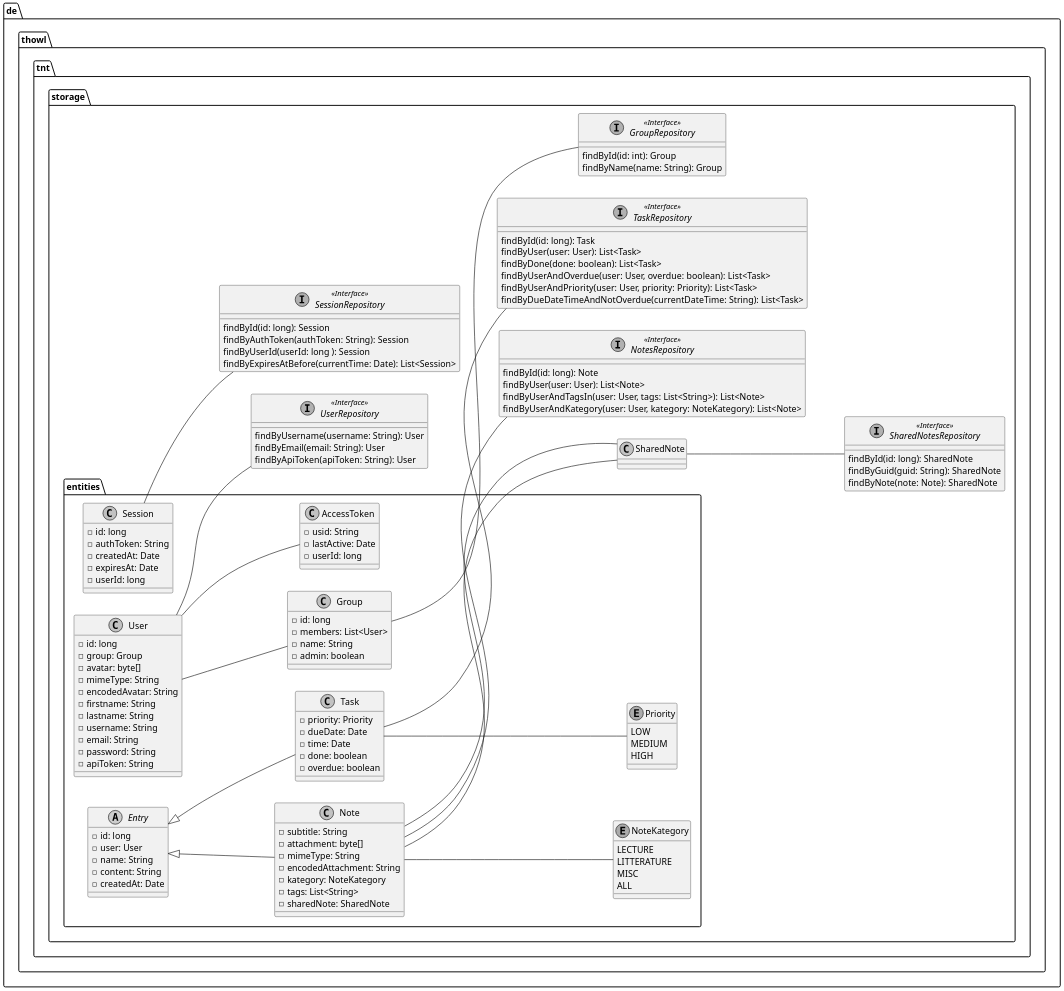
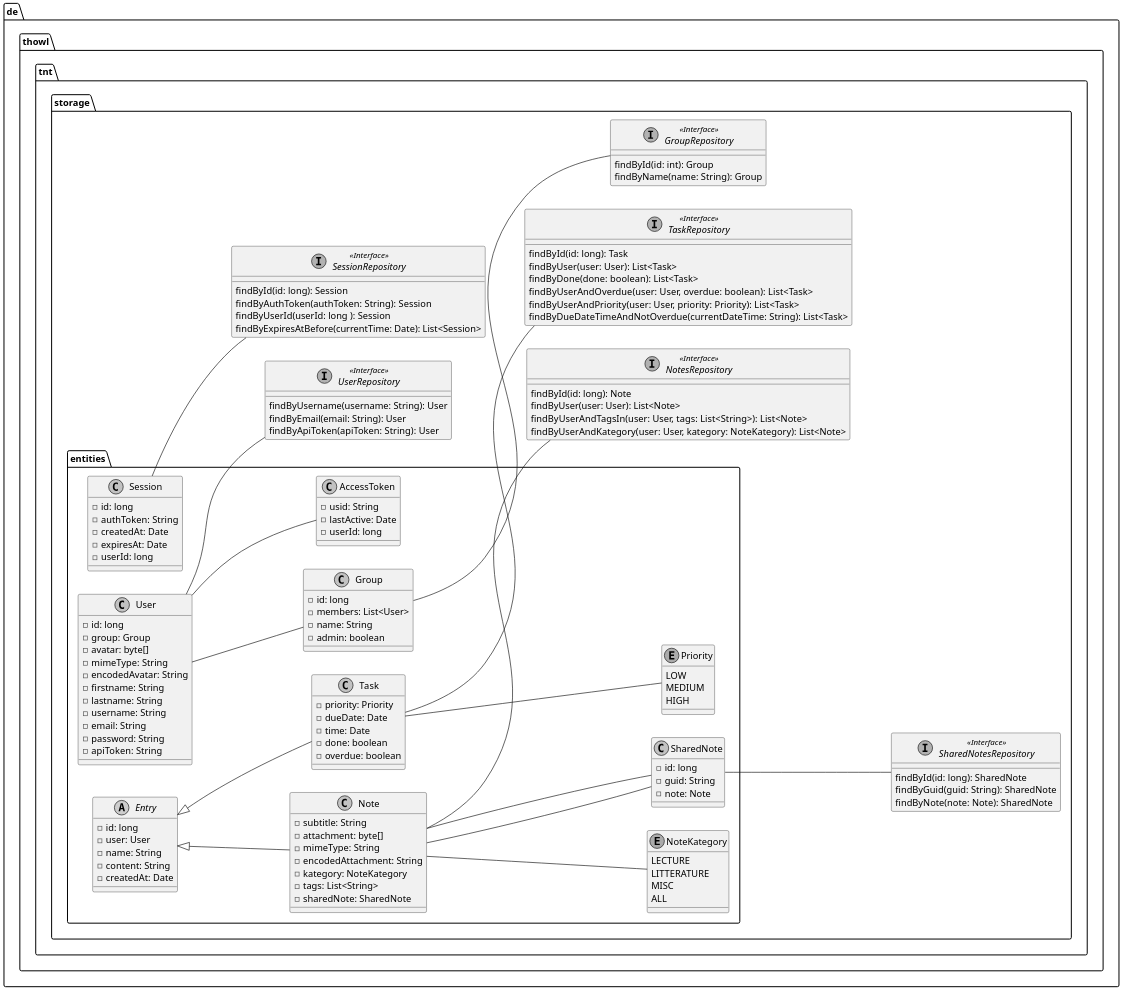
One commit to j0giwa/TnT changed the second of 3 diagrams in doc/uml/tnt.puml. Above: the diagram before and after it, drawn with PlantUML.

```diff
--- a/doc/uml/tnt.puml
+++ b/doc/uml/tnt.puml
@@ -57,146 +57,152 @@
 @startuml tnt-storage
 
 skinparam monochrome true
 skinparam dpi 400
 scale 200 width
 scale 700 height
 
 left to right direction
 
 package de.thowl.tnt.storage {
 
 	interface GroupRepository <<Interface>> {
 		findById(id: int): Group
 		findByName(name: String): Group
 	}
 
 	interface NotesRepository <<Interface>> {
 		findById(id: long): Note
 		findByUser(user: User): List<Note>
 		findByUserAndTagsIn(user: User, tags: List<String>): List<Note>
 		findByUserAndKategory(user: User, kategory: NoteKategory): List<Note>
 	}
 
 	interface SessionRepository <<Interface>> {
 		findById(id: long): Session
 		findByAuthToken(authToken: String): Session
 		findByUserId(userId: long ): Session
 		findByExpiresAtBefore(currentTime: Date): List<Session>
 
 	}
 
 	interface SharedNotesRepository <<Interface>> {
 		findById(id: long): SharedNote
 		findByGuid(guid: String): SharedNote
 		findByNote(note: Note): SharedNote
 	 }
 
 	interface TaskRepository <<Interface>> {
 		findById(id: long): Task
 		findByUser(user: User): List<Task>
 		findByDone(done: boolean): List<Task>
 		findByUserAndOverdue(user: User, overdue: boolean): List<Task>
 		findByUserAndPriority(user: User, priority: Priority): List<Task>
 		findByDueDateTimeAndNotOverdue(currentDateTime: String): List<Task>
 	}
 
 	interface UserRepository <<Interface>> {
 		findByUsername(username: String): User
 		findByEmail(email: String): User
 		findByApiToken(apiToken: String): User
 	}
 
 	package entities {
 
 		class User {
 			- id: long
 			- group: Group
 			- avatar: byte[]
 			- mimeType: String
 			- encodedAvatar: String
 			- firstname: String
 			- lastname: String
 			- username: String
 			- email: String
 			- password: String
 			- apiToken: String
 
 		}
 
 		class Group {
 			- id: long
 			- members: List<User>
 			- name: String
 			- admin: boolean
 		}
 
 		class AccessToken {
 			- usid: String
 			- lastActive: Date
 			- userId: long
 		}
 
 		abstract class Entry {
 			- id: long
 			- user: User
 			- name: String
 			- content: String
 			- createdAt: Date
 		}
 
 		class Note extends Entry {
 			- subtitle: String
 			- attachment: byte[]
 			- mimeType: String
 			- encodedAttachment: String
 			- kategory: NoteKategory
 			- tags: List<String>
 			- sharedNote: SharedNote
 		}
 
 		class Task extends Entry {
 			- priority: Priority
 			- dueDate: Date
 			- time: Date
 			- done: boolean
 			- overdue: boolean
 
 		}
 
+  class SharedNote {
+    - id: long
+    - guid: String
+    - note: Note
+  }
+
 		enum NoteKategory{
 			LECTURE
 			LITTERATURE
 			MISC
 			ALL
 		}
 
 		enum Priority {
 			LOW
 			MEDIUM
 			HIGH
 		}
 
 		class Session {
 			- id: long
 			- authToken: String 
 			- createdAt: Date 
 			- expiresAt: Date 
 			- userId: long
 		}
 	}
 
 	User -- UserRepository
 	User -- AccessToken
 	Group -- GroupRepository
 	Session -- SessionRepository
 	Task -- TaskRepository
 	Note -- NotesRepository
 	Note -- SharedNote
  SharedNote -- SharedNotesRepository
 	Note -- NoteKategory
  Note -- SharedNote
  User -- Group
 	Task -- Priority
 }
 
 @enduml
```
